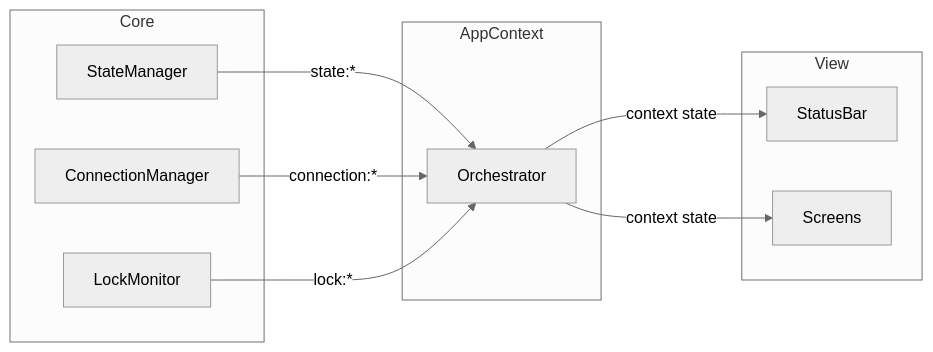
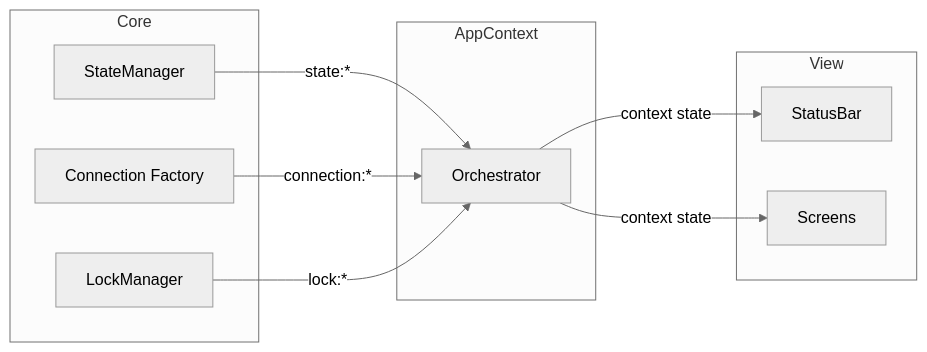
Before and after one commit to noormdev/noorm: the first of 3 diagrams in plan/cli/app-context.md, drawn with Mermaid (neutral theme). The commit also changed other lines of this file and 37 other files, not shown here.

````diff
--- a/plan/cli/app-context.md
+++ b/plan/cli/app-context.md
@@ -50,24 +50,24 @@
 ```mermaid
 flowchart LR
     subgraph Core
         SM[StateManager]
-        CM[ConnectionManager]
-        LM[LockMonitor]
+        CF[Connection Factory]
+        LM[LockManager]
     end
 
     subgraph AppContext
         Orchestrator
     end
 
     subgraph View
         StatusBar
         Screens
     end
 
     SM -->|state:*| Orchestrator
-    CM -->|connection:*| Orchestrator
+    CF -->|connection:*| Orchestrator
     LM -->|lock:*| Orchestrator
 
     Orchestrator -->|context state| StatusBar
     Orchestrator -->|context state| Screens
 ```
````
